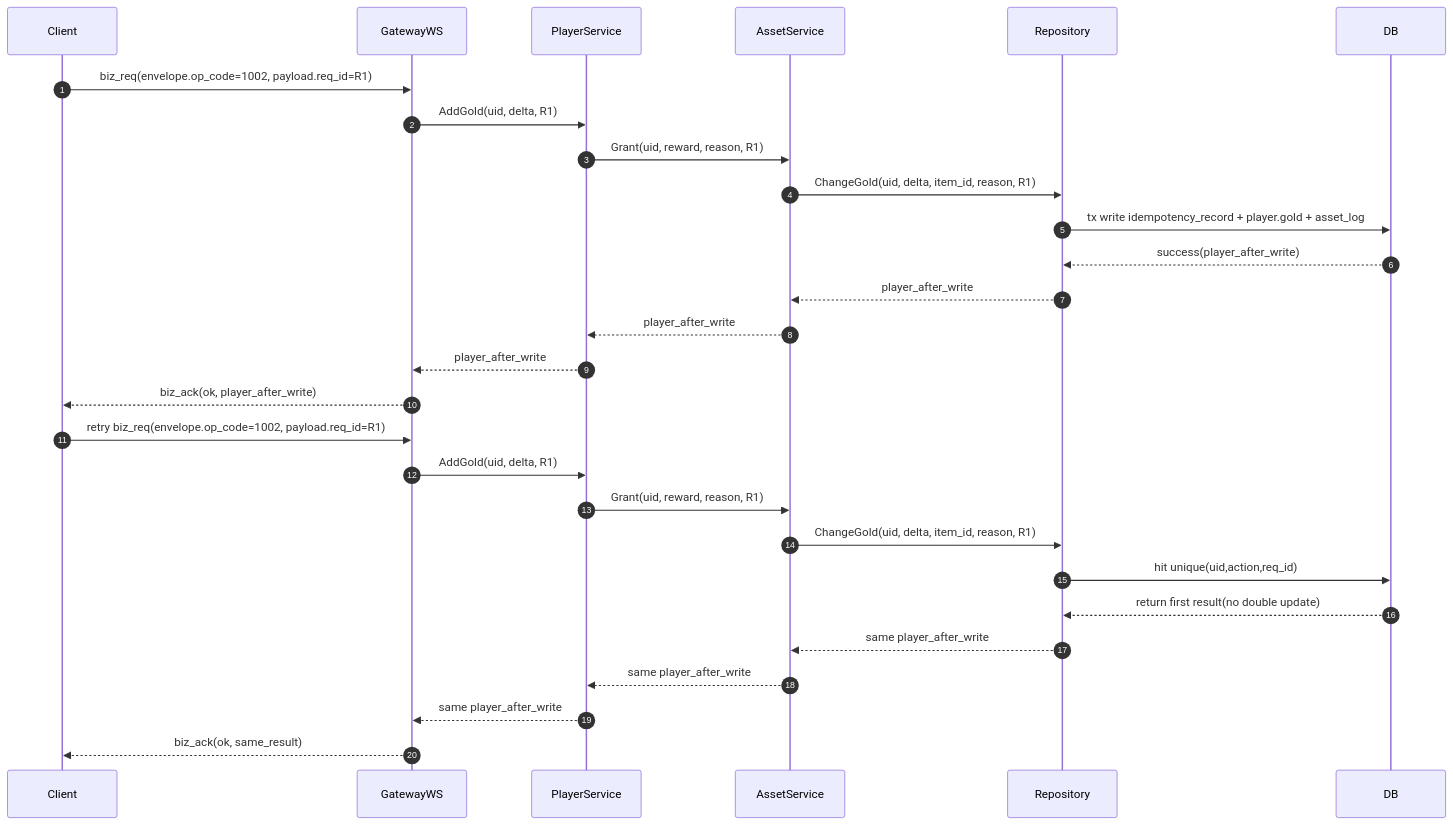
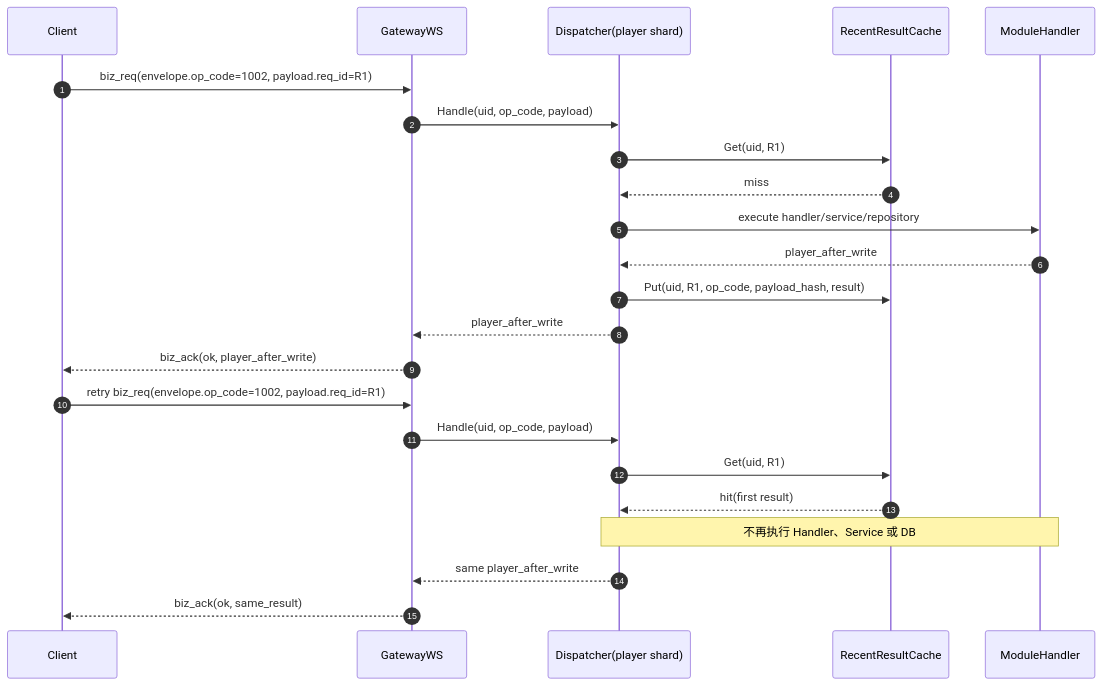
Before and after one commit to shaligg/cardgo-server: the fourth of 7 diagrams in backend_technical_architecture.md, drawn with Mermaid. The commit also changed other lines of this file and 30 other files, not shown here.

````diff
--- a/backend_technical_architecture.md
+++ b/backend_technical_architecture.md
@@ -2257,32 +2316,27 @@
 ```mermaid
 sequenceDiagram
     autonumber
     participant C as Client
     participant GW as GatewayWS
-    participant SVC as PlayerService
-    participant AS as AssetService
-    participant REPO as Repository
-    participant DB as DB
+    participant DIS as Dispatcher(player shard)
+    participant RC as RecentResultCache
+    participant H as ModuleHandler
 
     C->>GW: biz_req(envelope.op_code=1002, payload.req_id=R1)
-    GW->>SVC: AddGold(uid, delta, R1)
-    SVC->>AS: Grant(uid, reward, reason, R1)
-    AS->>REPO: ChangeGold(uid, delta, item_id, reason, R1)
-    REPO->>DB: tx write idempotency_record + player.gold + asset_log
-    DB-->>REPO: success(player_after_write)
-    REPO-->>AS: player_after_write
-    AS-->>SVC: player_after_write
-    SVC-->>GW: player_after_write
+    GW->>DIS: Handle(uid, op_code, payload)
+    DIS->>RC: Get(uid, R1)
+    RC-->>DIS: miss
+    DIS->>H: execute handler/service/repository
+    H-->>DIS: player_after_write
+    DIS->>RC: Put(uid, R1, op_code, payload_hash, result)
+    DIS-->>GW: player_after_write
     GW-->>C: biz_ack(ok, player_after_write)
 
     C->>GW: retry biz_req(envelope.op_code=1002, payload.req_id=R1)
-    GW->>SVC: AddGold(uid, delta, R1)
-    SVC->>AS: Grant(uid, reward, reason, R1)
-    AS->>REPO: ChangeGold(uid, delta, item_id, reason, R1)
-    REPO->>DB: hit unique(uid,action,req_id)
-    DB-->>REPO: return first result(no double update)
-    REPO-->>AS: same player_after_write
-    AS-->>SVC: same player_after_write
-    SVC-->>GW: same player_after_write
+    GW->>DIS: Handle(uid, op_code, payload)
+    DIS->>RC: Get(uid, R1)
+    RC-->>DIS: hit(first result)
+    Note over DIS,H: 不再执行 Handler、Service 或 DB
+    DIS-->>GW: same player_after_write
     GW-->>C: biz_ack(ok, same_result)
 ```
````
